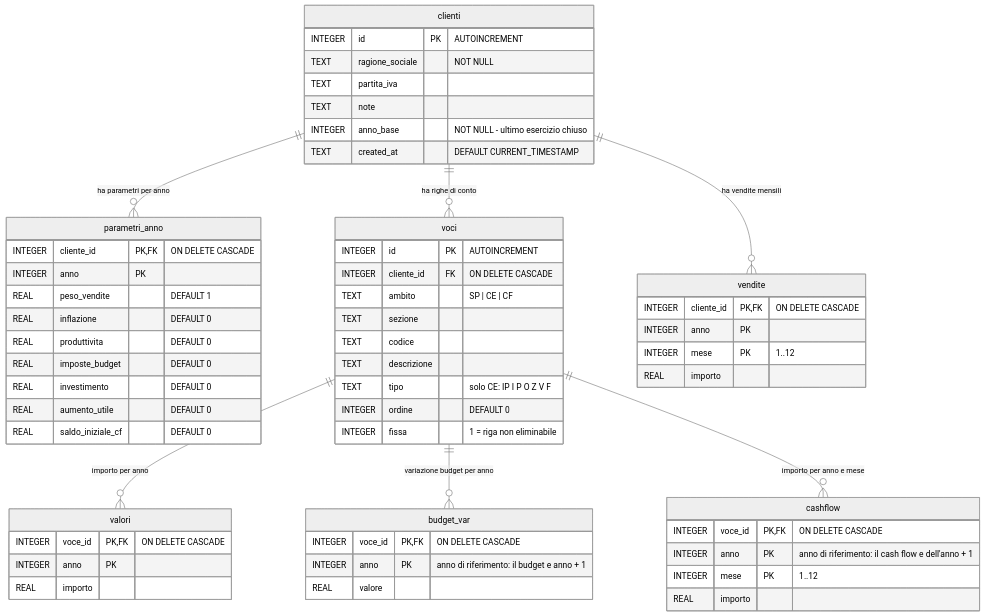
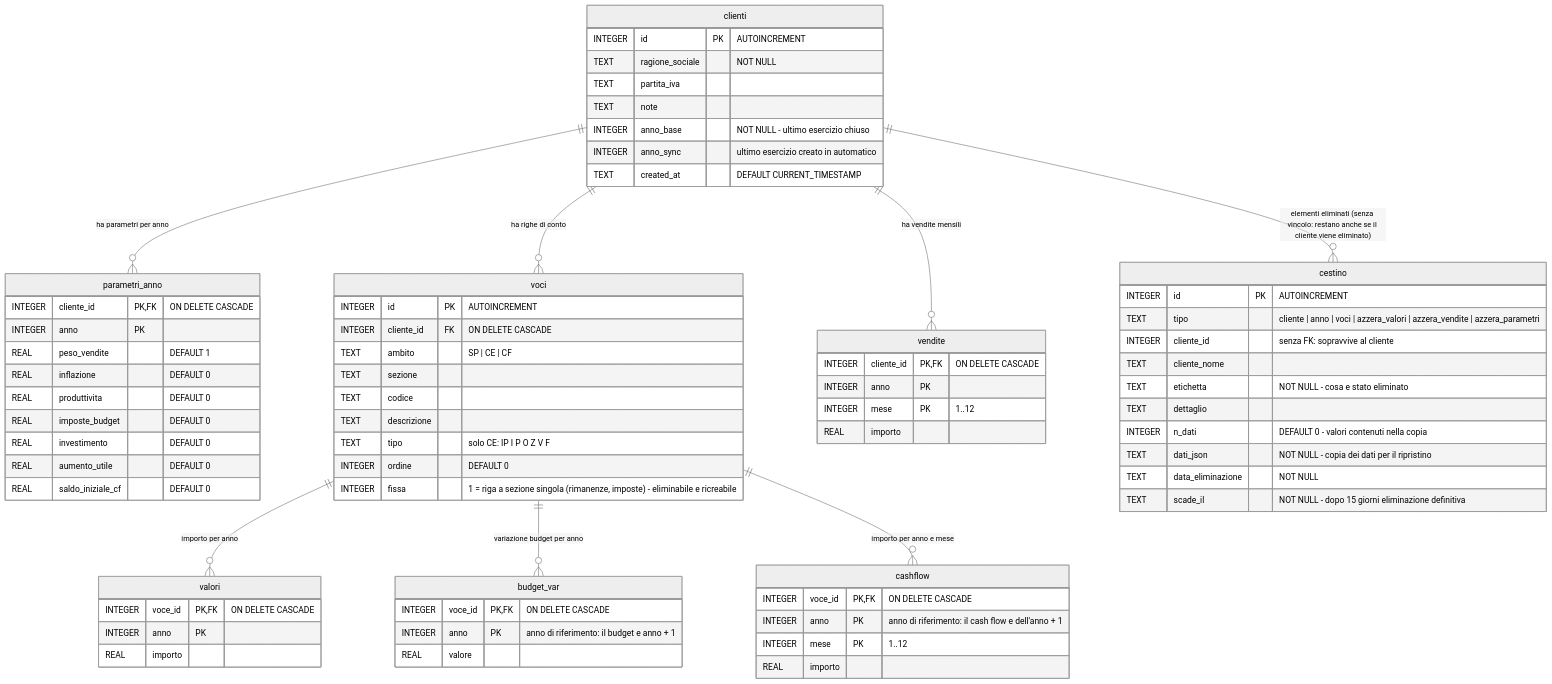
One commit to NicoMaker/gestionale-bilanci changed the diagram in docs/schema.mmd. Above: the diagram before and after it, drawn with Mermaid (neutral theme). The commit also changed 37 other files, not shown here.

```diff
--- a/docs/schema.mmd
+++ b/docs/schema.mmd
@@ -1,67 +1,82 @@
 
 erDiagram
     clienti ||--o{ parametri_anno : "ha parametri per anno"
     clienti ||--o{ voci : "ha righe di conto"
     clienti ||--o{ vendite : "ha vendite mensili"
     voci ||--o{ valori : "importo per anno"
     voci ||--o{ budget_var : "variazione budget per anno"
     voci ||--o{ cashflow : "importo per anno e mese"
+    clienti ||--o{ cestino : "elementi eliminati (senza vincolo: restano anche se il cliente viene eliminato)"
 
     clienti {
         INTEGER id PK "AUTOINCREMENT"
         TEXT ragione_sociale "NOT NULL"
         TEXT partita_iva
         TEXT note
         INTEGER anno_base "NOT NULL - ultimo esercizio chiuso"
+        INTEGER anno_sync "ultimo esercizio creato in automatico"
         TEXT created_at "DEFAULT CURRENT_TIMESTAMP"
     }
 
     parametri_anno {
         INTEGER cliente_id PK, FK "ON DELETE CASCADE"
         INTEGER anno PK
         REAL peso_vendite "DEFAULT 1"
         REAL inflazione "DEFAULT 0"
         REAL produttivita "DEFAULT 0"
         REAL imposte_budget "DEFAULT 0"
         REAL investimento "DEFAULT 0"
         REAL aumento_utile "DEFAULT 0"
         REAL saldo_iniziale_cf "DEFAULT 0"
     }
 
     voci {
         INTEGER id PK "AUTOINCREMENT"
         INTEGER cliente_id FK "ON DELETE CASCADE"
         TEXT ambito "SP | CE | CF"
         TEXT sezione
         TEXT codice
         TEXT descrizione
         TEXT tipo "solo CE: IP I P O Z V F"
         INTEGER ordine "DEFAULT 0"
-        INTEGER fissa "1 = riga non eliminabile"
+        INTEGER fissa "1 = riga a sezione singola (rimanenze, imposte) - eliminabile e ricreabile"
     }
 
     valori {
         INTEGER voce_id PK, FK "ON DELETE CASCADE"
         INTEGER anno PK
         REAL importo
     }
 
     budget_var {
         INTEGER voce_id PK, FK "ON DELETE CASCADE"
         INTEGER anno PK "anno di riferimento: il budget e anno + 1"
         REAL valore
     }
 
     vendite {
         INTEGER cliente_id PK, FK "ON DELETE CASCADE"
         INTEGER anno PK
         INTEGER mese PK "1..12"
         REAL importo
     }
 
     cashflow {
         INTEGER voce_id PK, FK "ON DELETE CASCADE"
         INTEGER anno PK "anno di riferimento: il cash flow e dell'anno + 1"
         INTEGER mese PK "1..12"
         REAL importo
     }
+
+    cestino {
+        INTEGER id PK "AUTOINCREMENT"
+        TEXT tipo "cliente | anno | voci | azzera_valori | azzera_vendite | azzera_parametri"
+        INTEGER cliente_id "senza FK: sopravvive al cliente"
+        TEXT cliente_nome
+        TEXT etichetta "NOT NULL - cosa e stato eliminato"
+        TEXT dettaglio
+        INTEGER n_dati "DEFAULT 0 - valori contenuti nella copia"
+        TEXT dati_json "NOT NULL - copia dei dati per il ripristino"
+        TEXT data_eliminazione "NOT NULL"
+        TEXT scade_il "NOT NULL - dopo 15 giorni eliminazione definitiva"
+    }
```
